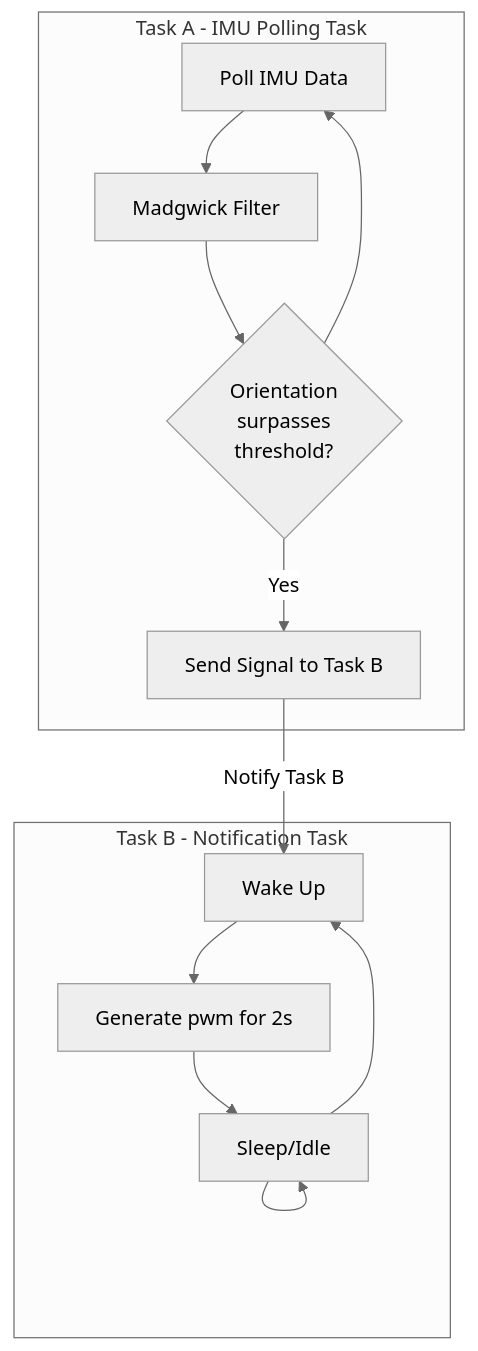
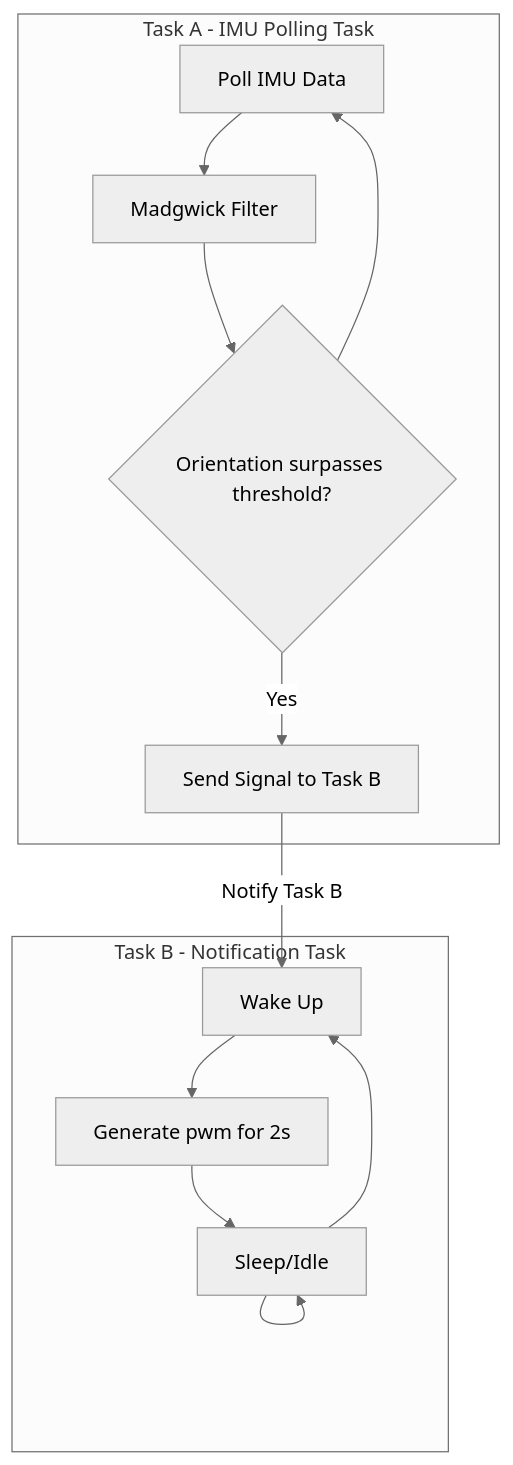
The diagram in report.md (yguenduez/nerd-neck), drawn with Mermaid (neutral theme) before and after one commit. The commit also changed other lines of this file, not shown here.

````diff
--- a/report.md
+++ b/report.md
@@ -103,26 +103,26 @@
 ```mermaid
 graph TD
   subgraph TaskA["Task A - IMU Polling Task"]
     poll[Poll IMU Data]
     filter[Madgwick Filter]
-    condA{Orientation\n surpasses\n threshold?}
+    condA{Orientation surpasses threshold?}
     notify["Send Signal to Task B"]
   end
 
   subgraph TaskB["Task B - Notification Task"]
     wakeUp["Wake Up"]
     sleep["Sleep/Idle"]
     pwm["Generate pwm for 2s"]
   end
 
   poll --> filter 
   filter --> condA
   condA -- Yes --> notify
   condA --> poll
 
   notify -->|Notify Task B| wakeUp
   sleep --> wakeUp
   wakeUp --> pwm
   pwm --> sleep
   sleep --> sleep
 ```
````
